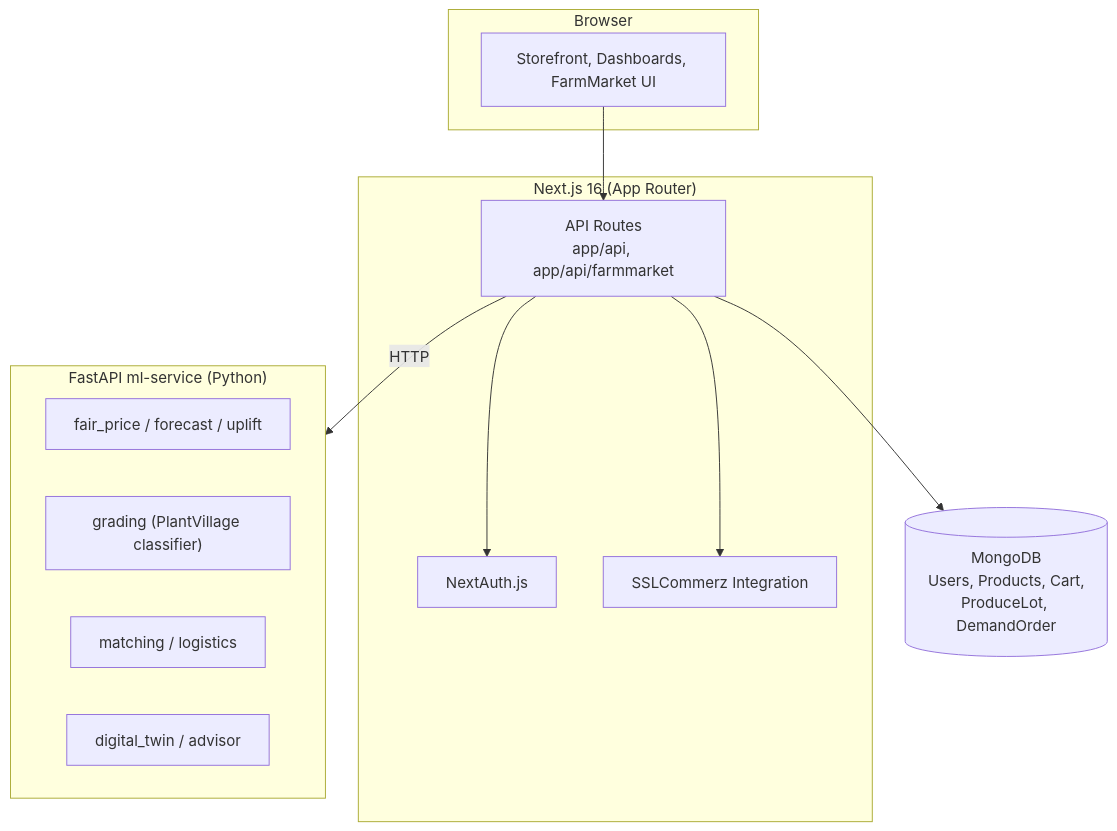
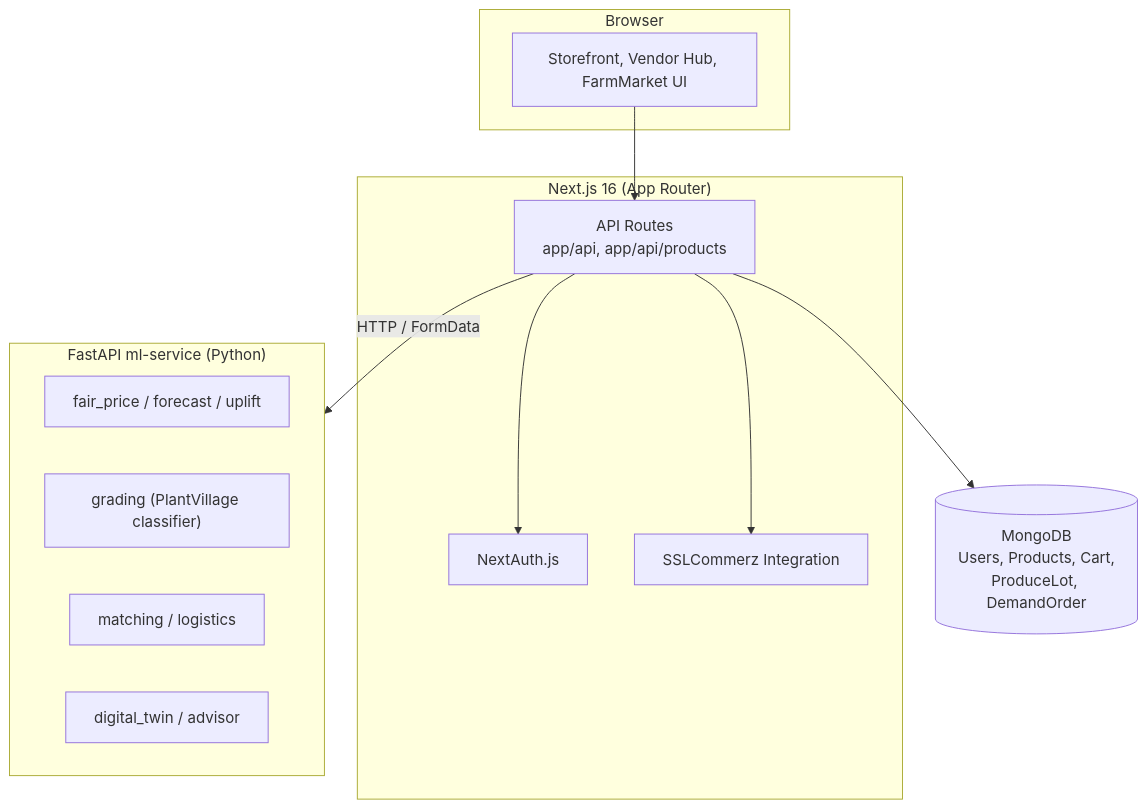
The diagram in README.md (Zishan-125/Krishop-FarmMarket), drawn with Mermaid before and after one commit. The commit also changed other lines of this file, not shown here.

````diff
--- a/README.md
+++ b/README.md
@@ -163,27 +134,27 @@
 ```mermaid
 flowchart TB
     subgraph Client["Browser"]
-        UI["Storefront, Dashboards, FarmMarket UI"]
+        UI["Storefront, Vendor Hub, FarmMarket UI"]
     end
 
     subgraph Web["Next.js 16 (App Router)"]
         AUTH["NextAuth.js"]
-        API["API Routes<br/>app/api, app/api/farmmarket"]
+        API["API Routes<br/>app/api, app/api/products"]
         PAY["SSLCommerz Integration"]
     end
 
     subgraph ML["FastAPI ml-service (Python)"]
         FP["fair_price / forecast / uplift"]
         GR["grading (PlantVillage classifier)"]
         MT["matching / logistics"]
         DT["digital_twin / advisor"]
     end
 
     DB[("MongoDB<br/>Users, Products, Cart,<br/>ProduceLot, DemandOrder")]
 
     UI --> API
     API --> AUTH
     API --> PAY
     API --> DB
-    API -- HTTP --> ML
+    API -- HTTP / FormData --> ML
 ```
````
